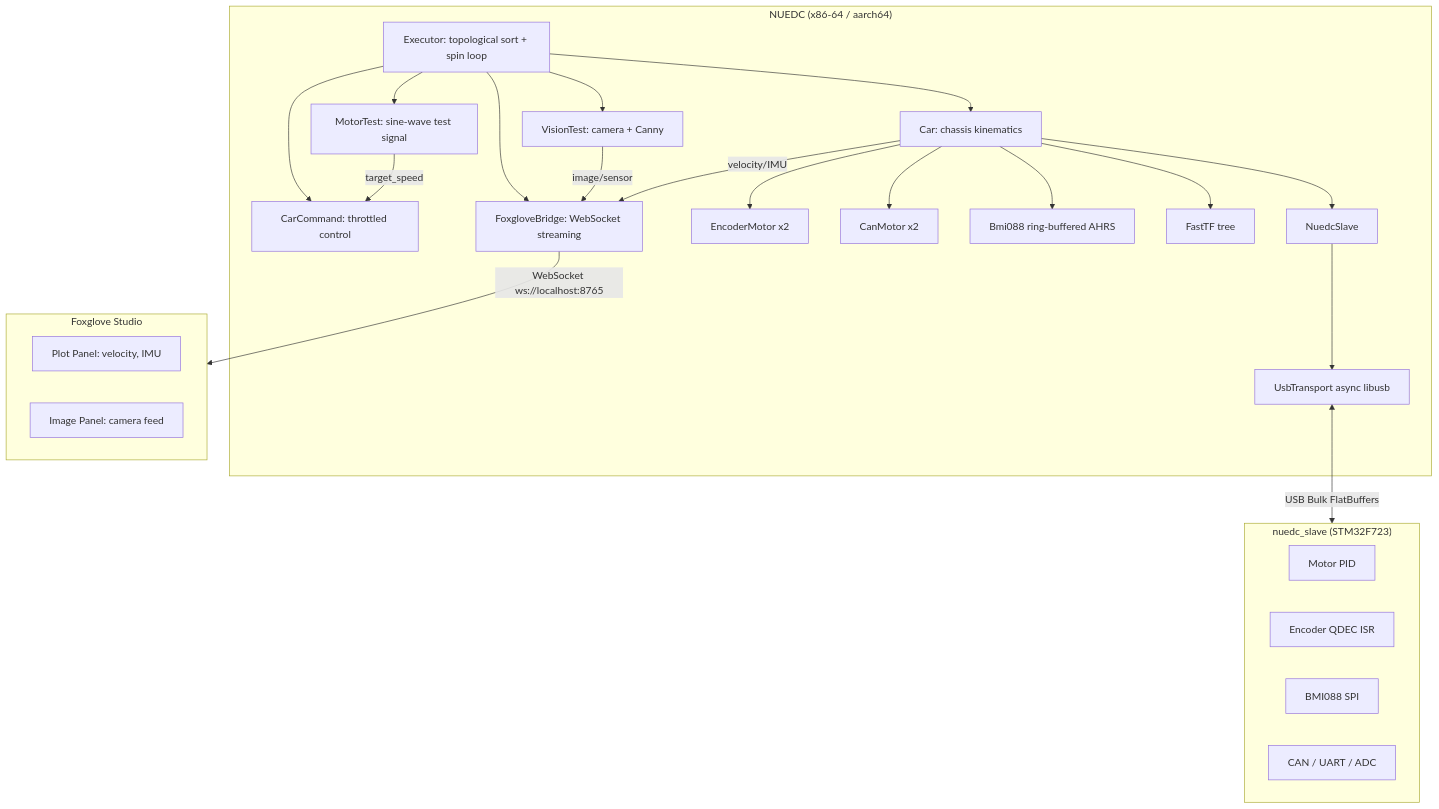
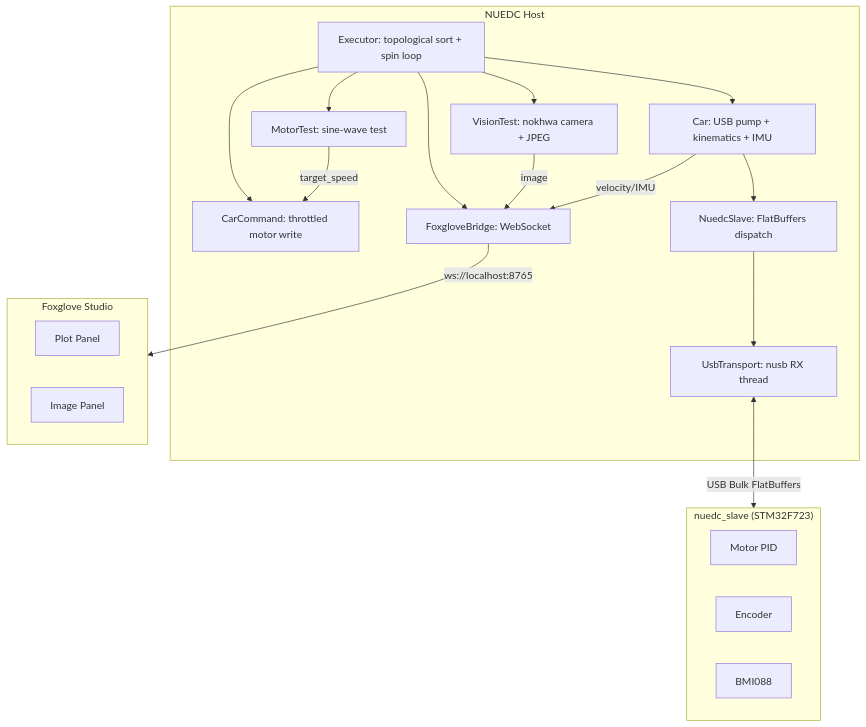
One commit to fans963/NUEDC changed the diagram in README.md. Above: the diagram before and after it, drawn with Mermaid. The commit also changed other lines of this file and 24 other files, not shown here.

First line of the commit message:
feat: Implement Car and CarCommand with NuedcSlave USB integration

````diff
--- a/README.md
+++ b/README.md
@@ -7,47 +9,25 @@
 ```mermaid
 graph TD
-    subgraph Host["NUEDC (x86-64 / aarch64)"]
+    subgraph Host["NUEDC Host"]
         EXEC[Executor: topological sort + spin loop]
-        VIS[VisionTest: camera + Canny]
-        CAR[Car: chassis kinematics]
-        CMD[CarCommand: throttled control]
-        MTEST[MotorTest: sine-wave test signal]
-        BRIDGE[FoxgloveBridge: WebSocket streaming]
-        ENC_L[EncoderMotor x2]
-        MOT_L[CanMotor x2]
-        IMU[Bmi088 ring-buffered AHRS]
-        TF[FastTF tree]
-        SLAVE[NuedcSlave]
-        USB_T[UsbTransport async libusb]
-
-        EXEC --> VIS
-        EXEC --> CAR
-        EXEC --> MTEST
-        EXEC --> CMD
-        EXEC --> BRIDGE
-        CAR --> ENC_L
-        CAR --> MOT_L
-        CAR --> IMU
-        CAR --> TF
-        CAR --> SLAVE
-        MTEST -->|target_speed| CMD
-        VIS -->|image/sensor| BRIDGE
-        CAR -->|velocity/IMU| BRIDGE
-        SLAVE --> USB_T
+        VIS[VisionTest: nokhwa camera + JPEG]
+        CAR[Car: USB pump + kinematics + IMU]
+        CMD[CarCommand: throttled motor write]
+        MTEST[MotorTest: sine-wave test]
+        BRIDGE[FoxgloveBridge: WebSocket]
+        SLAVE[NuedcSlave: FlatBuffers dispatch]
+        USB[UsbTransport: nusb RX thread]
+        EXEC --> VIS; EXEC --> CAR; EXEC --> MTEST; EXEC --> CMD; EXEC --> BRIDGE
+        CAR --> SLAVE; MTEST -->|target_speed| CMD
+        VIS -->|image| BRIDGE; CAR -->|velocity/IMU| BRIDGE
+        SLAVE --> USB
     end
-
     subgraph Foxglove["Foxglove Studio"]
-        PLOT[Plot Panel: velocity, IMU]
-        IMG[Image Panel: camera feed]
+        PLOT[Plot Panel]; IMG[Image Panel]
     end
-
     subgraph Firmware["nuedc_slave (STM32F723)"]
-        PID[Motor PID]
-        ENC[Encoder QDEC ISR]
-        BMI[BMI088 SPI]
-        CAN[CAN / UART / ADC]
+        PID[Motor PID]; ENC[Encoder]; BMI[BMI088]
     end
-
-    USB_T <-->|USB Bulk FlatBuffers| Firmware
-    BRIDGE -->|WebSocket ws://localhost:8765| Foxglove
+    USB <-->|USB Bulk FlatBuffers| Firmware
+    BRIDGE -->|ws://localhost:8765| Foxglove
 ```
````
